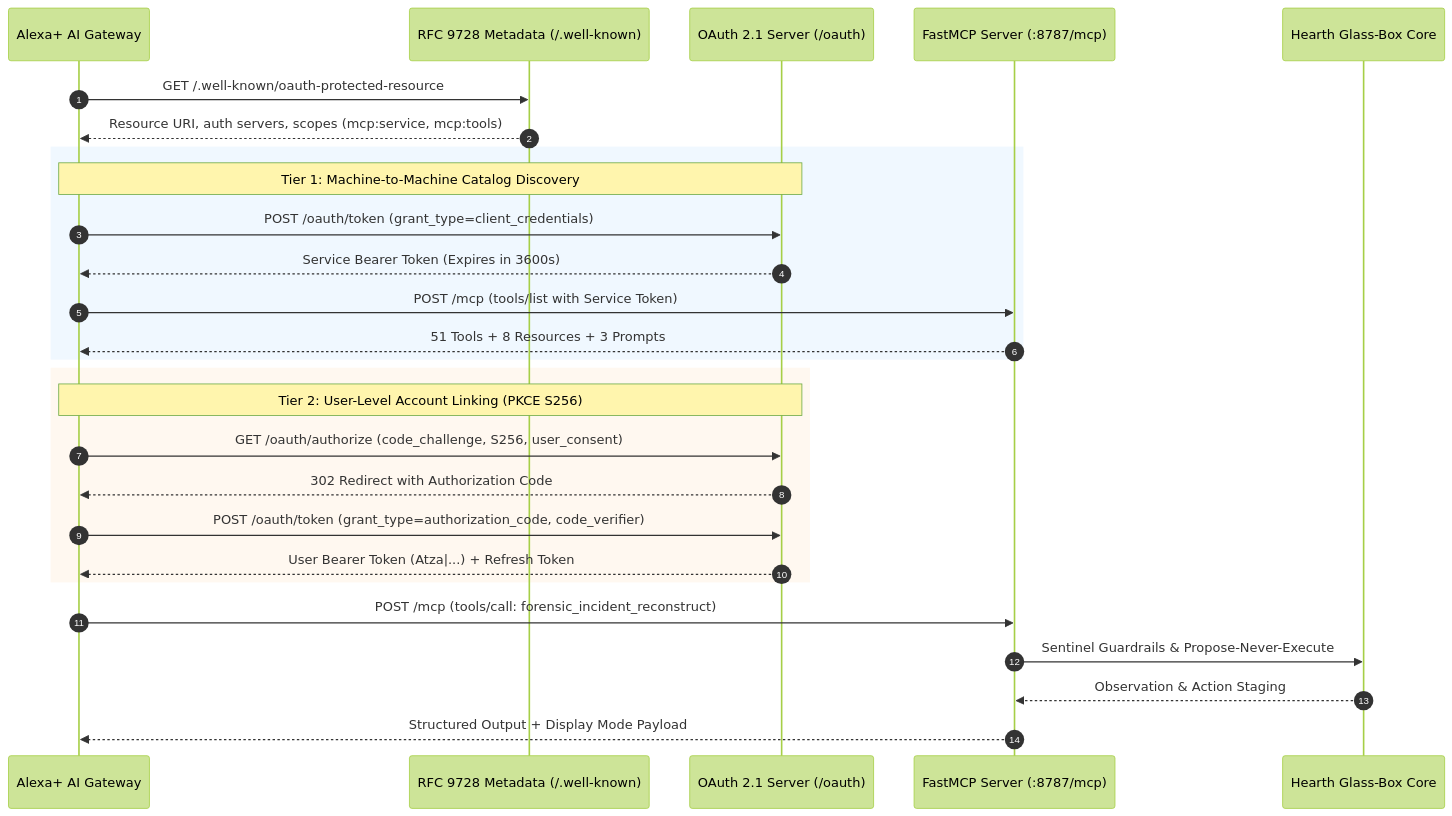
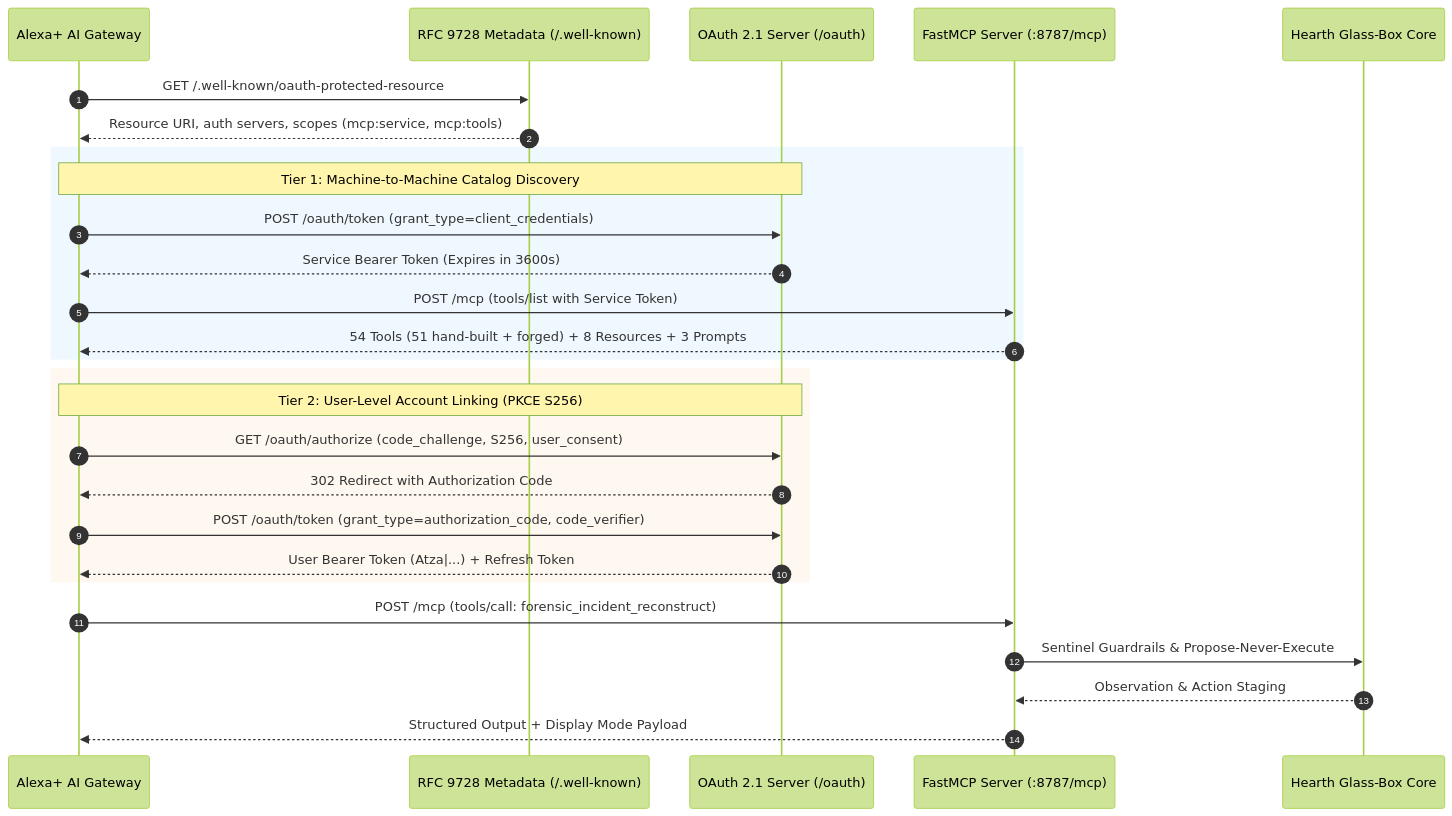
The second of 2 diagrams in README.md (krishivjoshi219-collab/Hearth-Universal), drawn with Mermaid (forest theme) before and after one commit. The commit also changed other lines of this file and 57 other files, not shown here.

````diff
--- a/README.md
+++ b/README.md
@@ -308,33 +308,33 @@
 ```mermaid
 sequenceDiagram
     autonumber
     participant Alexa as Alexa+ AI Gateway
     participant PRM as RFC 9728 Metadata (/.well-known)
     participant OAuth as OAuth 2.1 Server (/oauth)
     participant MCP as FastMCP Server (:8787/mcp)
     participant Hearth as Hearth Glass-Box Core
 
     Alexa->>PRM: GET /.well-known/oauth-protected-resource
     PRM-->>Alexa: Resource URI, auth servers, scopes (mcp:service, mcp:tools)
     
     rect rgb(240, 248, 255)
     Note over Alexa,OAuth: Tier 1: Machine-to-Machine Catalog Discovery
     Alexa->>OAuth: POST /oauth/token (grant_type=client_credentials)
     OAuth-->>Alexa: Service Bearer Token (Expires in 3600s)
     Alexa->>MCP: POST /mcp (tools/list with Service Token)
-    MCP-->>Alexa: 51 Tools + 8 Resources + 3 Prompts
+    MCP-->>Alexa: 54 Tools (51 hand-built + forged) + 8 Resources + 3 Prompts
     end
 
     rect rgb(255, 248, 240)
     Note over Alexa,OAuth: Tier 2: User-Level Account Linking (PKCE S256)
     Alexa->>OAuth: GET /oauth/authorize (code_challenge, S256, user_consent)
     OAuth-->>Alexa: 302 Redirect with Authorization Code
     Alexa->>OAuth: POST /oauth/token (grant_type=authorization_code, code_verifier)
     OAuth-->>Alexa: User Bearer Token (Atza|...) + Refresh Token
     end
 
     Alexa->>MCP: POST /mcp (tools/call: forensic_incident_reconstruct)
     MCP->>Hearth: Sentinel Guardrails & Propose-Never-Execute
     Hearth-->>MCP: Observation & Action Staging
     MCP-->>Alexa: Structured Output + Display Mode Payload
 ```
````
